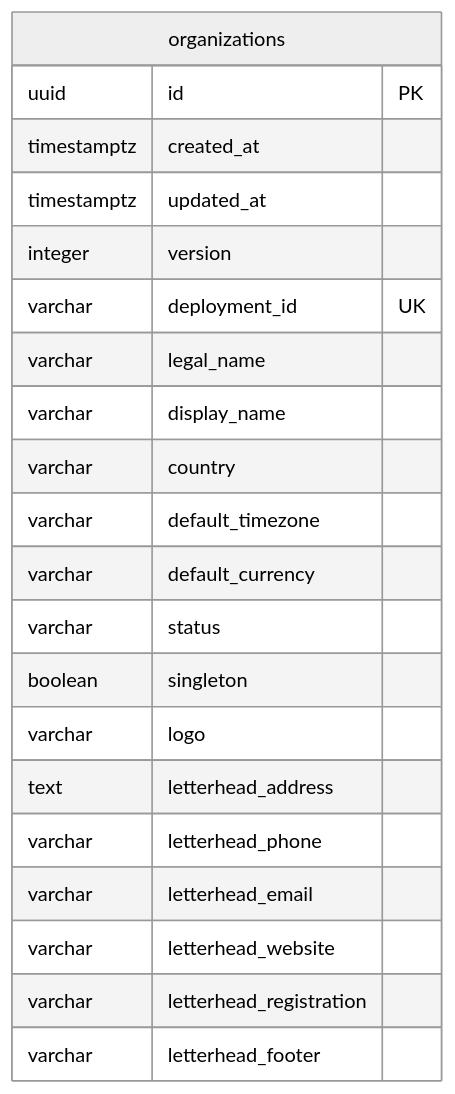
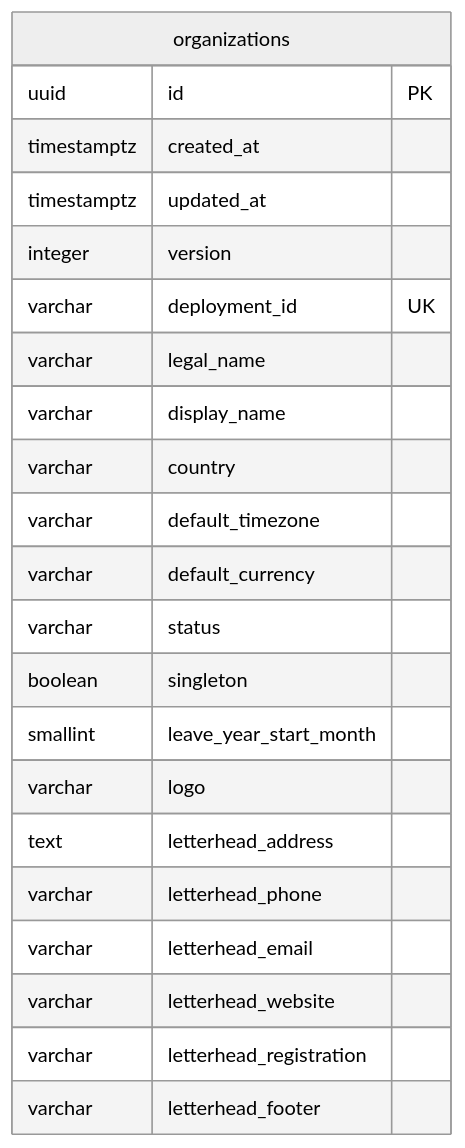
Before and after one commit to vijayant-pandey/HIMS_Advanced: the second of 17 diagrams in docs/architecture/data-architecture/erd.md, drawn with Mermaid (neutral theme). The commit also changed other lines of this file and 81 other files, not shown here.

````diff
--- a/docs/architecture/data-architecture/erd.md
+++ b/docs/architecture/data-architecture/erd.md
@@ -197,24 +218,25 @@
 ```mermaid
 erDiagram
     organizations {
         uuid id PK
         timestamptz created_at
         timestamptz updated_at
         integer version
         varchar deployment_id UK
         varchar legal_name
         varchar display_name
         varchar country
         varchar default_timezone
         varchar default_currency
         varchar status
         boolean singleton
+        smallint leave_year_start_month
         varchar logo
         text letterhead_address
         varchar letterhead_phone
         varchar letterhead_email
         varchar letterhead_website
         varchar letterhead_registration
         varchar letterhead_footer
     }
 ```
````
